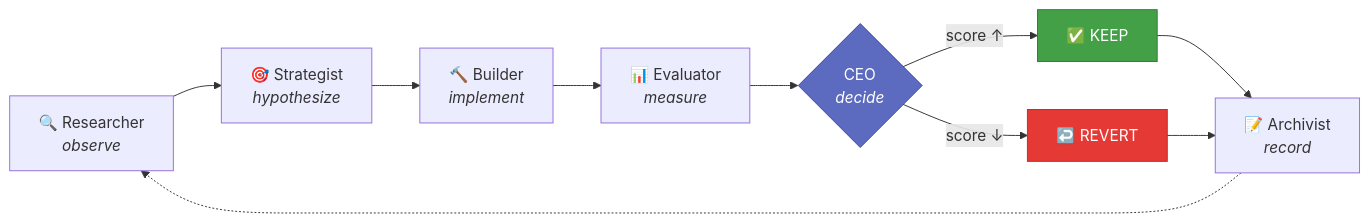
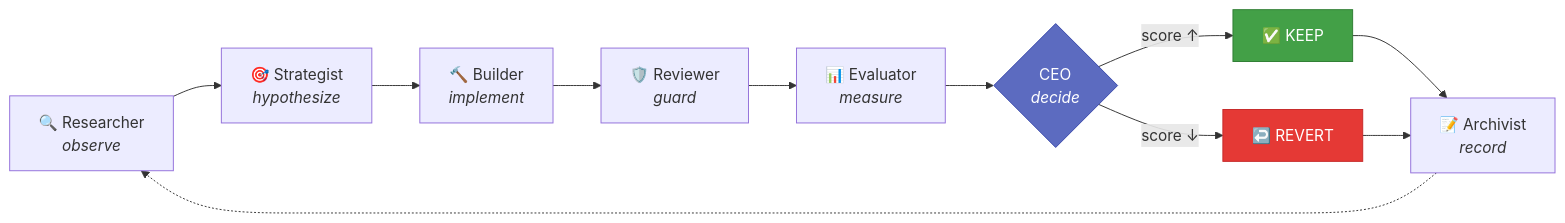
The first of 4 diagrams in docs/index.md (akashgit/remote-factory), drawn with Mermaid before and after one commit. The commit also changed other lines of this file and 25 other files, not shown here.

First line of the commit message:
docs: lifecycle narrative, research mode, updated diagrams (#172)

````diff
--- a/docs/index.md
+++ b/docs/index.md
@@ -28,16 +31,17 @@
 ```mermaid
 graph LR
     A["🔍 Researcher<br><i>observe</i>"] --> B["🎯 Strategist<br><i>hypothesize</i>"]
     B --> C["🔨 Builder<br><i>implement</i>"]
-    C --> D["📊 Evaluator<br><i>measure</i>"]
+    C --> RV["🛡️ Reviewer<br><i>guard</i>"]
+    RV --> D["📊 Evaluator<br><i>measure</i>"]
     D --> E{"CEO<br><i>decide</i>"}
     E -- "score ↑" --> F["✅ KEEP"]
     E -- "score ↓" --> G["↩️ REVERT"]
     F --> H["📝 Archivist<br><i>record</i>"]
     G --> H
     H -.-> A
 
     style E fill:#5c6bc0,color:#fff,stroke:#3949ab
     style F fill:#43a047,color:#fff,stroke:#2e7d32
     style G fill:#e53935,color:#fff,stroke:#c62828
 ```
````
